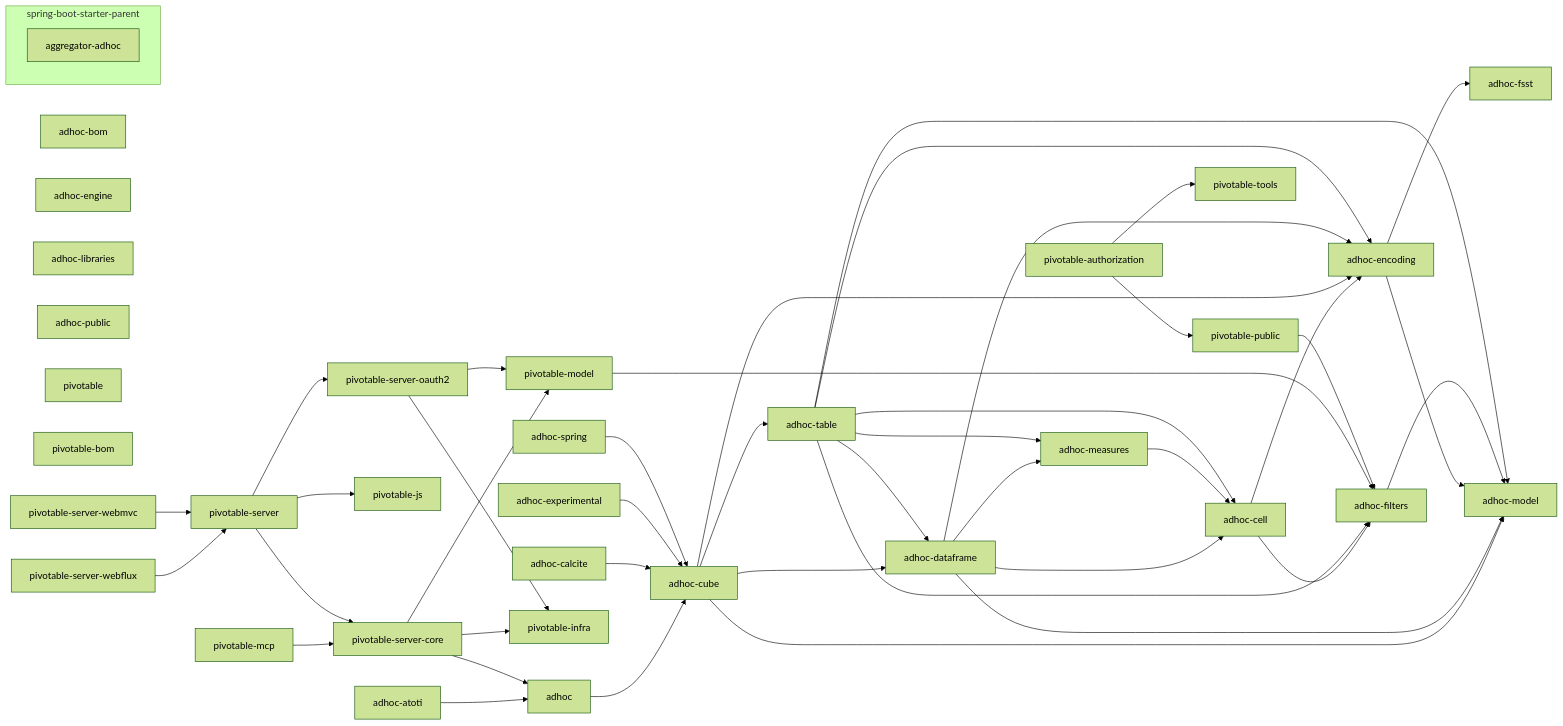
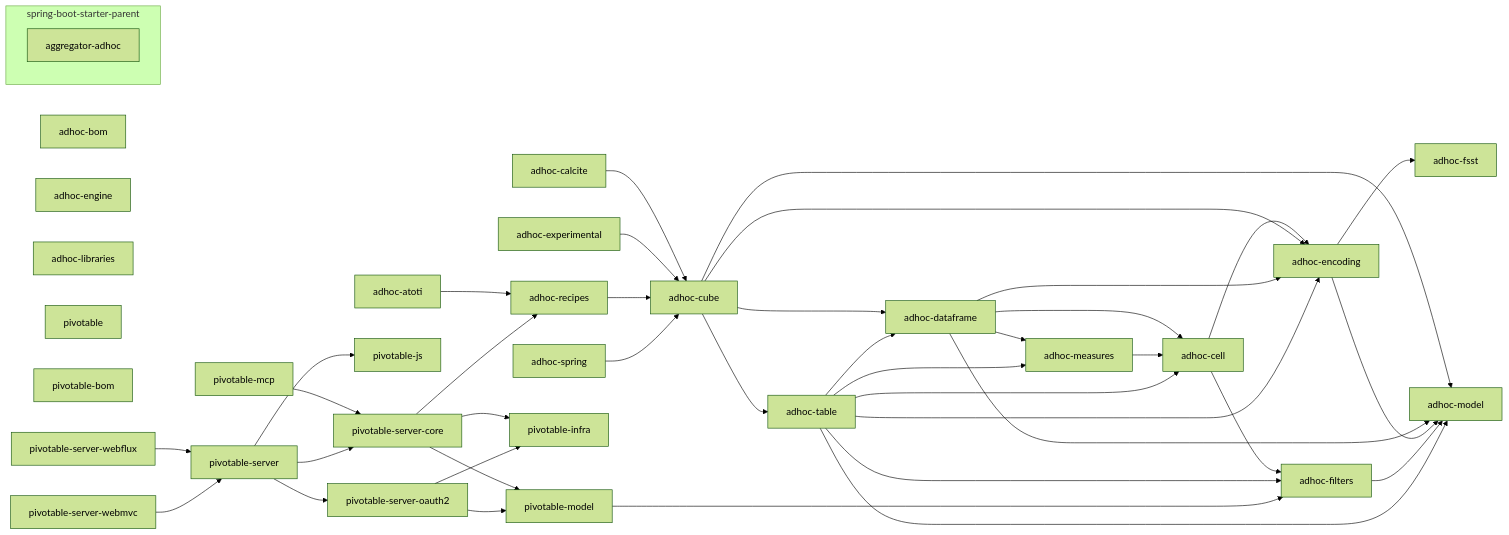
Before and after one commit to solven-eu/adhoc: the diagram in docs/DEPENDENCIES.mmd, drawn with Mermaid (forest theme). The commit also changed 81 other files, not shown here.

```diff
--- a/docs/DEPENDENCIES.mmd
+++ b/docs/DEPENDENCIES.mmd
@@ -1,78 +1,71 @@
 flowchart LR
-    adhoc["adhoc"]
     adhoc_atoti["adhoc-atoti"]
     adhoc_bom["adhoc-bom"]
     adhoc_calcite["adhoc-calcite"]
     adhoc_cell["adhoc-cell"]
     adhoc_cube["adhoc-cube"]
     adhoc_dataframe["adhoc-dataframe"]
     adhoc_encoding["adhoc-encoding"]
     adhoc_engine["adhoc-engine"]
     adhoc_experimental["adhoc-experimental"]
     adhoc_filters["adhoc-filters"]
     adhoc_fsst["adhoc-fsst"]
     adhoc_libraries["adhoc-libraries"]
     adhoc_measures["adhoc-measures"]
     adhoc_model["adhoc-model"]
-    adhoc_public["adhoc-public"]
+    adhoc_recipes["adhoc-recipes"]
     adhoc_spring["adhoc-spring"]
     adhoc_table["adhoc-table"]
     pivotable["pivotable"]
-    pivotable_authorization["pivotable-authorization"]
     pivotable_bom["pivotable-bom"]
     pivotable_infra["pivotable-infra"]
     pivotable_js["pivotable-js"]
     pivotable_mcp["pivotable-mcp"]
     pivotable_model["pivotable-model"]
-    pivotable_public["pivotable-public"]
     pivotable_server["pivotable-server"]
     pivotable_server_core["pivotable-server-core"]
     pivotable_server_oauth2["pivotable-server-oauth2"]
     pivotable_server_webflux["pivotable-server-webflux"]
     pivotable_server_webmvc["pivotable-server-webmvc"]
-    pivotable_tools["pivotable-tools"]
 
     subgraph spring-boot-starter-parent
         aggregator_adhoc["aggregator-adhoc"]
     end
 
-    adhoc --> adhoc_cube
-    adhoc_atoti --> adhoc
+    adhoc_atoti --> adhoc_recipes
     adhoc_calcite --> adhoc_cube
     adhoc_cell --> adhoc_encoding
     adhoc_cell --> adhoc_filters
     adhoc_cube --> adhoc_dataframe
     adhoc_cube --> adhoc_encoding
     adhoc_cube --> adhoc_model
     adhoc_cube --> adhoc_table
     adhoc_dataframe --> adhoc_cell
     adhoc_dataframe --> adhoc_encoding
     adhoc_dataframe --> adhoc_measures
     adhoc_dataframe --> adhoc_model
     adhoc_encoding --> adhoc_fsst
     adhoc_encoding --> adhoc_model
     adhoc_experimental --> adhoc_cube
     adhoc_filters --> adhoc_model
     adhoc_measures --> adhoc_cell
+    adhoc_recipes --> adhoc_cube
     adhoc_spring --> adhoc_cube
     adhoc_table --> adhoc_cell
     adhoc_table --> adhoc_dataframe
     adhoc_table --> adhoc_encoding
     adhoc_table --> adhoc_filters
     adhoc_table --> adhoc_measures
     adhoc_table --> adhoc_model
-    pivotable_authorization --> pivotable_public
-    pivotable_authorization --> pivotable_tools
     pivotable_mcp --> pivotable_server_core
     pivotable_model --> adhoc_filters
-    pivotable_public --> adhoc_filters
     pivotable_server --> pivotable_js
     pivotable_server --> pivotable_server_core
     pivotable_server --> pivotable_server_oauth2
-    pivotable_server_core --> adhoc
+    pivotable_server_core --> adhoc_recipes
     pivotable_server_core --> pivotable_infra
     pivotable_server_core --> pivotable_model
     pivotable_server_oauth2 --> pivotable_infra
     pivotable_server_oauth2 --> pivotable_model
     pivotable_server_webflux --> pivotable_server
     pivotable_server_webmvc --> pivotable_server
```
